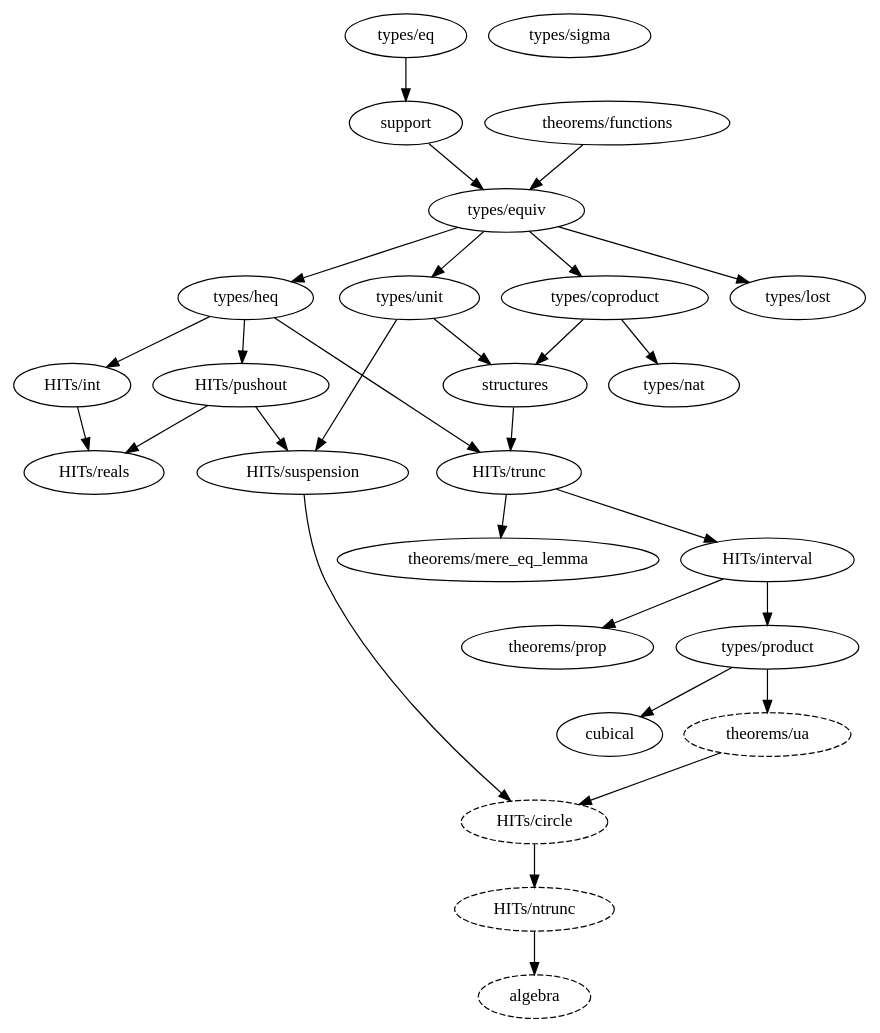
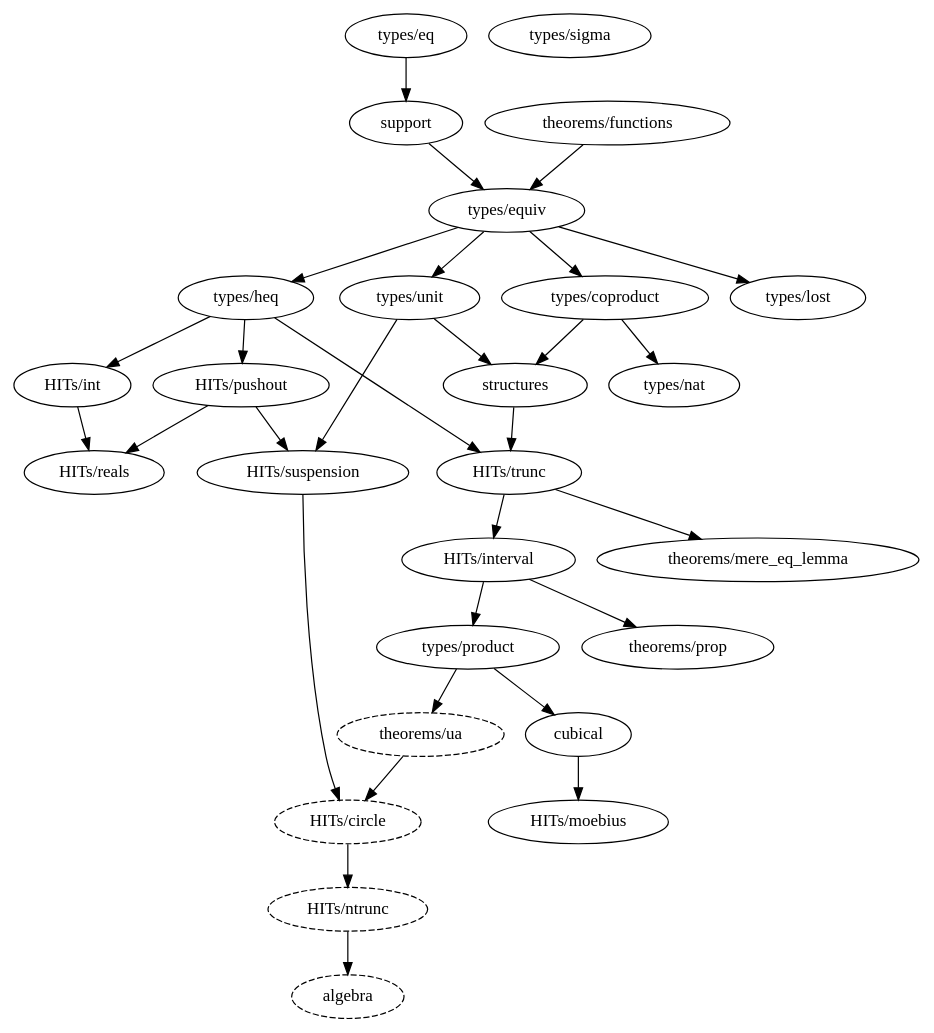
Before and after one commit to forked-from-1kasper/ground_zero: the diagram in dependency_map.gv, drawn with Graphviz. The commit also changed 5 other files, not shown here.

```diff
--- a/dependency_map.gv
+++ b/dependency_map.gv
@@ -1,57 +1,59 @@
 digraph dependency_map {
   algebra [style=dashed]
   "HITs/ntrunc" -> algebra
 
   "HITs/circle" [style=dashed]
   "HITs/suspension" -> "HITs/circle"
   "theorems/ua" -> "HITs/circle"
 
   "types/equiv" -> "types/coproduct"
 
   "types/product" -> cubical
 
   "types/equiv" -> "types/heq"
 
   support -> "types/equiv"
   "theorems/functions" -> "types/equiv"
 
   "types/heq" -> "HITs/int"
 
   "HITs/trunc" -> "HITs/interval"
+
+  cubical -> "HITs/moebius"
 
   "HITs/trunc" -> "theorems/mere_eq_lemma"
 
   "HITs/ntrunc" [style=dashed]
   "HITs/circle" -> "HITs/ntrunc"
 
   "HITs/interval" -> "types/product"
 
   "HITs/interval" -> "theorems/prop"
 
   "types/heq" -> "HITs/pushout"
 
   "HITs/pushout" -> "HITs/reals"
   "HITs/int" -> "HITs/reals"
 
   "types/unit" -> structures
   "types/coproduct" -> structures
 
   "types/eq" -> support
 
   "HITs/pushout" -> "HITs/suspension"
   "types/unit" -> "HITs/suspension"
 
   structures -> "HITs/trunc"
   "types/heq" -> "HITs/trunc"
 
   "theorems/ua" [style=dashed]
   "types/product" -> "theorems/ua"
 
   "types/equiv" -> "types/unit"
 
   "types/coproduct" -> "types/nat"
 
   "types/equiv" -> "types/lost"
 
   "types/sigma"
 }
```
